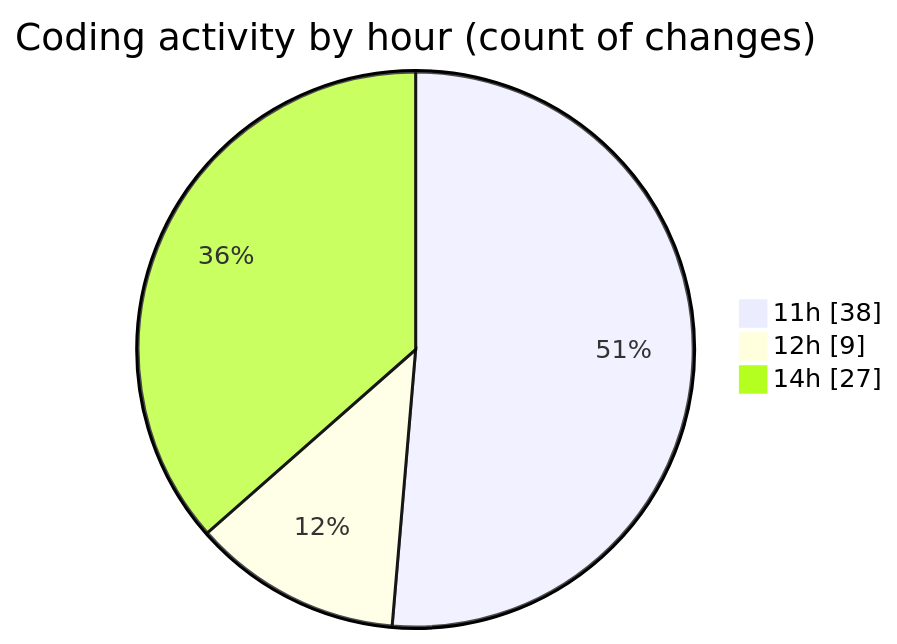
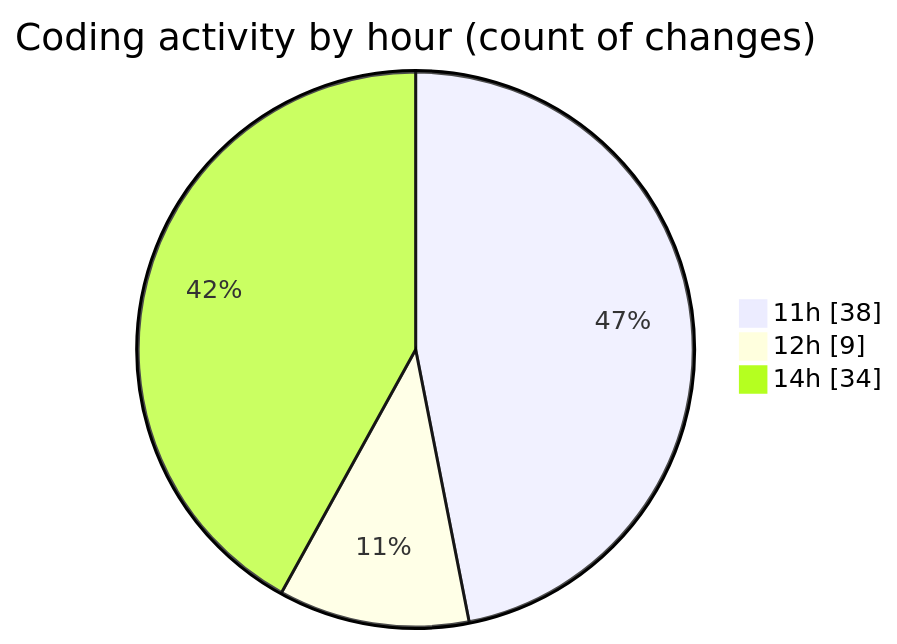
One commit to momahboobian/code-tracking changed the second of 2 diagrams in 2026-03-19/commonwealth-front-end-task/README.md. Above: the diagram before and after it, drawn with Mermaid. The commit also changed other lines of this file and 1 other file, not shown here.

````diff
--- a/2026-03-19/commonwealth-front-end-task/README.md
+++ b/2026-03-19/commonwealth-front-end-task/README.md
@@ -51,7 +51,7 @@
 ```mermaid
 pie showData
 title Coding activity by hour (count of changes)
 "11h" : 38
 "12h" : 9
-"14h" : 27
+"14h" : 34
 ```
````
